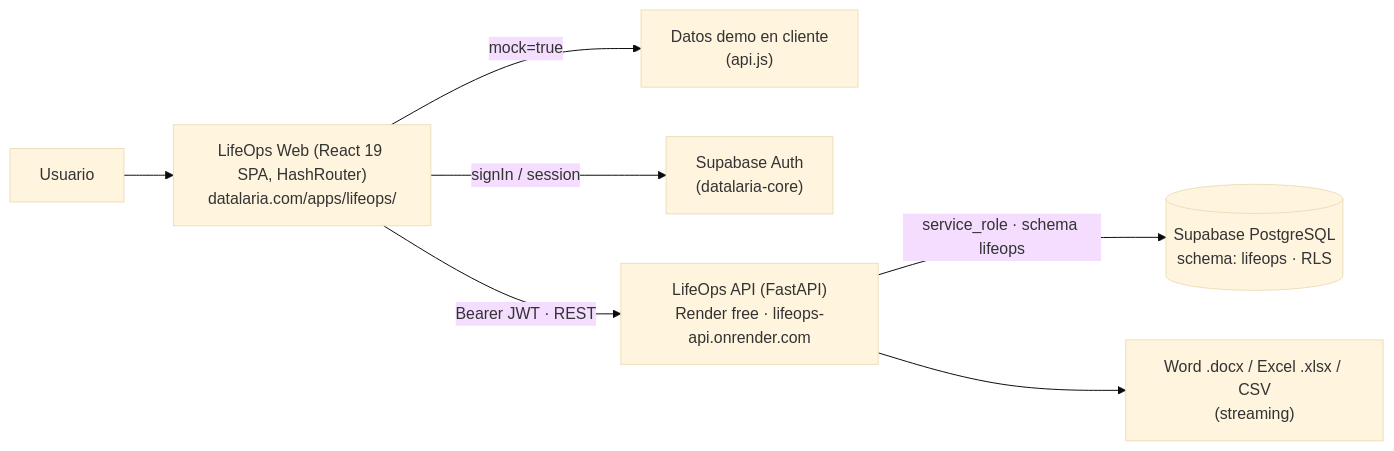
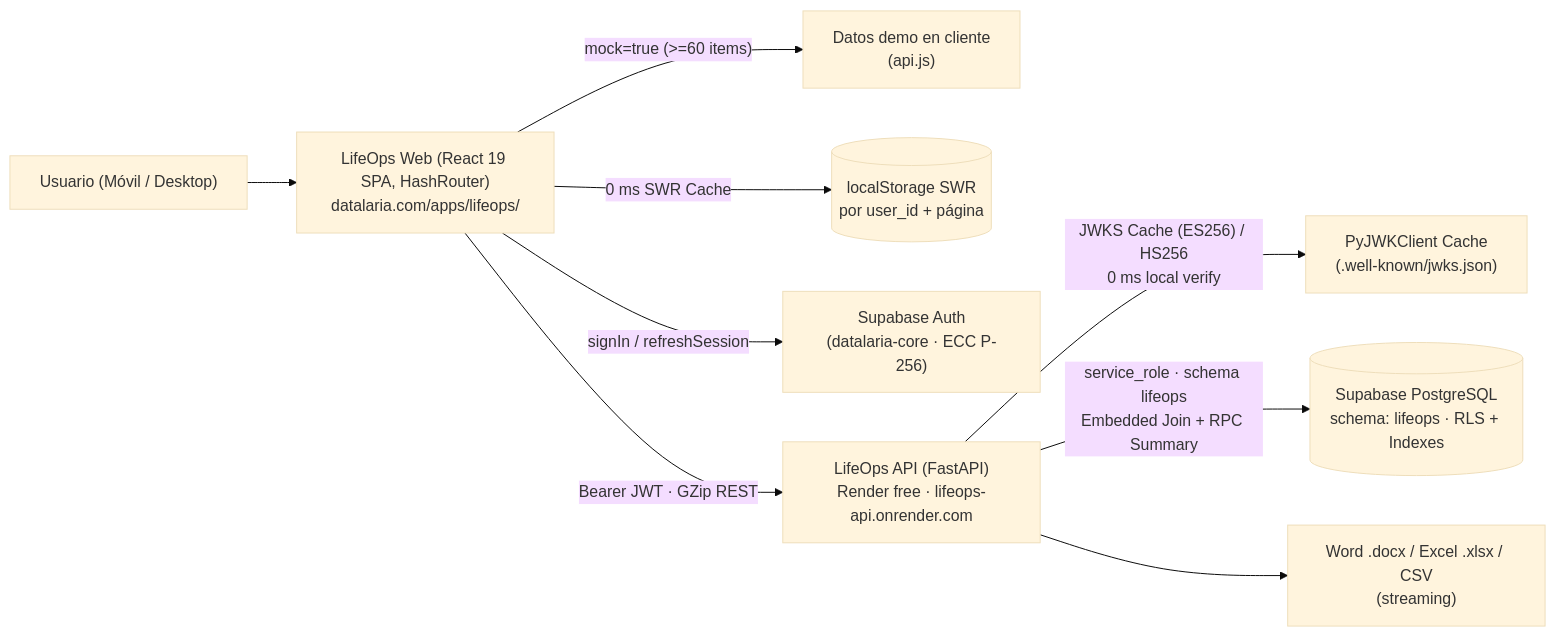
The diagram in specs/apps/lifeops/spec.md (Dalaez/datalaria-website), drawn with Mermaid (base theme) before and after one commit. The commit also changed other lines of this file and 3 other files, not shown here.

Commit message:
docs(lifeops): complete Hito 1.8 spec v1.2.0, ADR-030 & roadmap

````diff
--- a/specs/apps/lifeops/spec.md
+++ b/specs/apps/lifeops/spec.md
@@ -51,9 +52,11 @@
 ```mermaid
 flowchart LR
-    U["Usuario"] --> FE["LifeOps Web (React 19 SPA, HashRouter)\ndatalaria.com/apps/lifeops/"]
-    FE -->|"mock=true"| MOCK["Datos demo en cliente\n(api.js)"]
-    FE -->|"signIn / session"| AUTH["Supabase Auth\n(datalaria-core)"]
-    FE -->|"Bearer JWT · REST"| API["LifeOps API (FastAPI)\nRender free · lifeops-api.onrender.com"]
-    API -->|"service_role · schema lifeops"| DB[("Supabase PostgreSQL\nschema: lifeops · RLS")]
+    U["Usuario (Móvil / Desktop)"] --> FE["LifeOps Web (React 19 SPA, HashRouter)\ndatalaria.com/apps/lifeops/"]
+    FE -->|"mock=true (>=60 items)"| MOCK["Datos demo en cliente\n(api.js)"]
+    FE -->|"0 ms SWR Cache"| CACHE[("localStorage SWR\npor user_id + página")]
+    FE -->|"signIn / refreshSession"| AUTH["Supabase Auth\n(datalaria-core · ECC P-256)"]
+    FE -->|"Bearer JWT · GZip REST"| API["LifeOps API (FastAPI)\nRender free · lifeops-api.onrender.com"]
+    API -->|"JWKS Cache (ES256) / HS256\n0 ms local verify"| JWKS["PyJWKClient Cache\n(.well-known/jwks.json)"]
+    API -->|"service_role · schema lifeops\nEmbedded Join + RPC Summary"| DB[("Supabase PostgreSQL\nschema: lifeops · RLS + Indexes")]
     API --> DOCX["Word .docx / Excel .xlsx / CSV\n(streaming)"]
 ```
````
